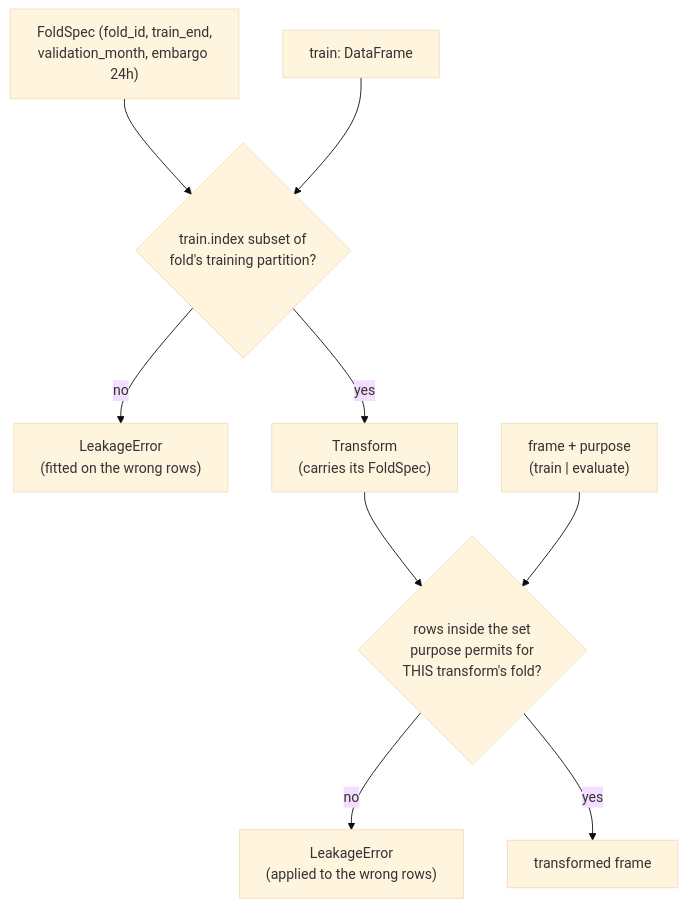
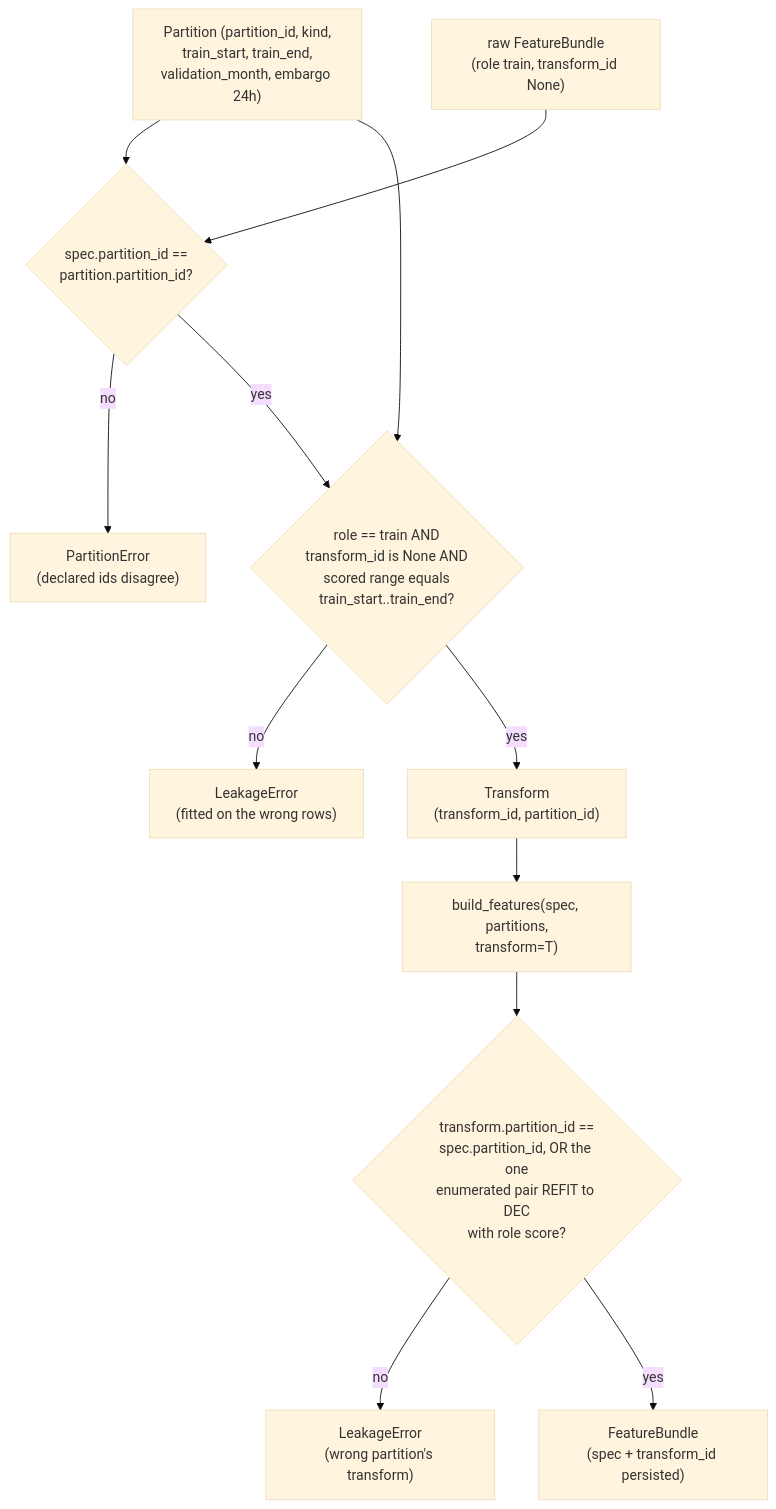
One commit to Kimrza/Thesis_toshkari changed the diagram in aidlc/spaces/default/intents/260813-tec-hourly-forecast/construction/features-and-splits/functional-design/business-logic-model.md. Above: the diagram before and after it, drawn with Mermaid (base theme). The commit also changed other lines of this file and 52 other files, not shown here.

````diff
--- a/aidlc/spaces/default/intents/260813-tec-hourly-forecast/construction/features-and-splits/functional-design/business-logic-model.md
+++ b/aidlc/spaces/default/intents/260813-tec-hourly-forecast/construction/features-and-splits/functional-design/business-logic-model.md
@@ -207,20 +279,25 @@
 ```mermaid
 graph TD
-  F["FoldSpec (fold_id, train_end,<br/>validation_month, embargo 24h)"]
-  T["train: DataFrame"]
-  A{"train.index subset of<br/>fold's training partition?"}
+  P["Partition (partition_id, kind,<br/>train_start, train_end,<br/>validation_month, embargo 24h)"]
+  RB["raw FeatureBundle<br/>(role train, transform_id None)"]
+  A{"role == train AND<br/>transform_id is None AND<br/>scored range equals<br/>train_start..train_end?"}
+  A2{"spec.partition_id ==<br/>partition.partition_id?"}
   X1["LeakageError<br/>(fitted on the wrong rows)"]
-  TR["Transform<br/>(carries its FoldSpec)"]
-  FR["frame + purpose<br/>(train | evaluate)"]
-  B{"rows inside the set<br/>purpose permits for<br/>THIS transform's fold?"}
-  X2["LeakageError<br/>(applied to the wrong rows)"]
-  OK["transformed frame"]
-  F --> A
-  T --> A
+  X0["PartitionError<br/>(declared ids disagree)"]
+  TR["Transform<br/>(transform_id, partition_id)"]
+  BF["build_features(spec, partitions,<br/>transform=T)"]
+  B{"transform.partition_id ==<br/>spec.partition_id, OR the one<br/>enumerated pair REFIT to DEC<br/>with role score?"}
+  X2["LeakageError<br/>(wrong partition's transform)"]
+  OK["FeatureBundle<br/>(spec + transform_id persisted)"]
+  P --> A2
+  RB --> A2
+  A2 -->|no| X0
+  A2 -->|yes| A
+  P --> A
   A -->|no| X1
   A -->|yes| TR
-  TR --> B
-  FR --> B
+  TR --> BF
+  BF --> B
   B -->|no| X2
   B -->|yes| OK
 ```
````
